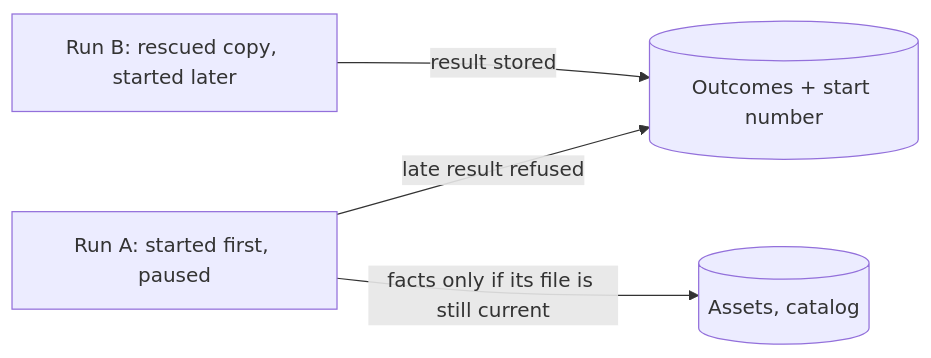
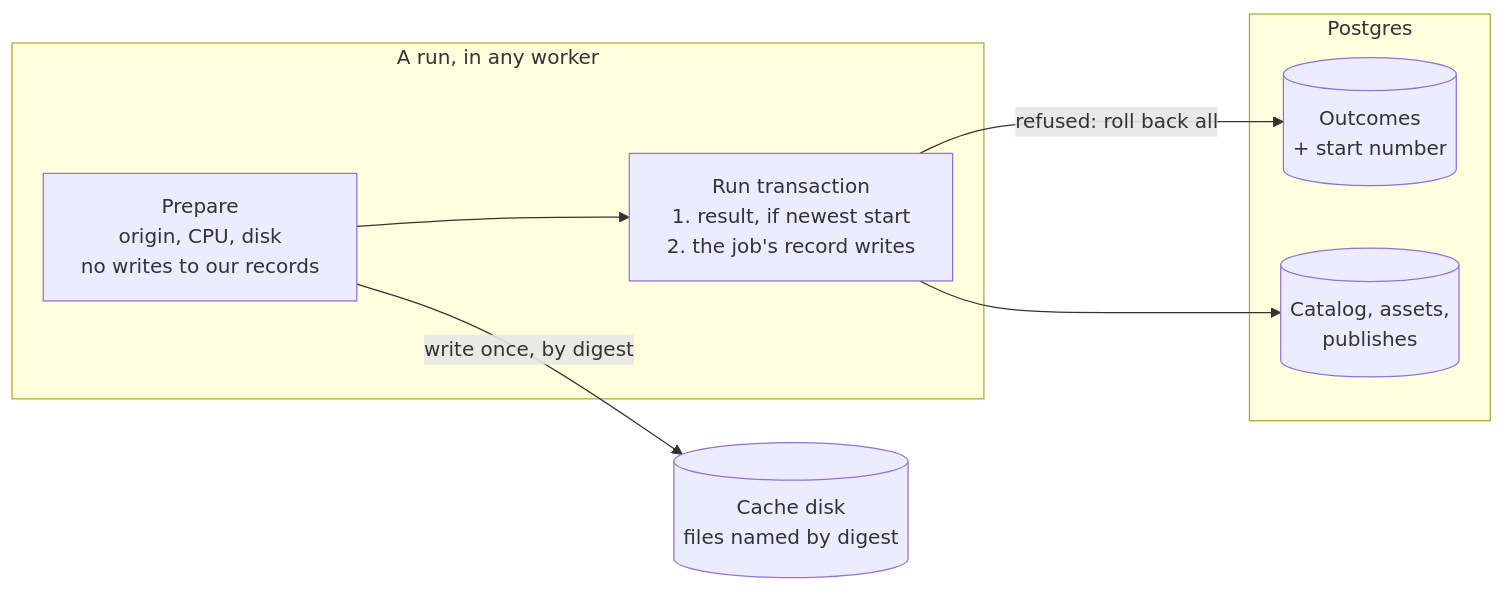
One commit to mcurcio/photo-wall changed the first of 5 diagrams in docs/central-idempotent-jobs.md. Above: the diagram before and after it, drawn with Mermaid. The commit also changed other lines of this file, not shown here.

````diff
--- a/docs/central-idempotent-jobs.md
+++ b/docs/central-idempotent-jobs.md
@@ -19,6 +38,16 @@
 ```mermaid
 graph LR
-  A["Run A: started first, paused"] -- "late result refused" --> O[("Outcomes + start number")]
-  B["Run B: rescued copy, started later"] -- "result stored" --> O
-  A -- "facts only if its file is still current" --> S[("Assets, catalog")]
+  subgraph W["A run, in any worker"]
+    P["Prepare<br/>origin, CPU, disk<br/>no writes to our records"]
+    T["Run transaction<br/>1. result, if newest start<br/>2. the job's record writes"]
+    P --> T
+  end
+  subgraph PG["Postgres"]
+    O[("Outcomes<br/>+ start number")]
+    C[("Catalog, assets,<br/>publishes")]
+  end
+  D[("Cache disk<br/>files named by digest")]
+  P -- "write once, by digest" --> D
+  T -- "refused: roll back all" --> O
+  T --> C
 ```
````
